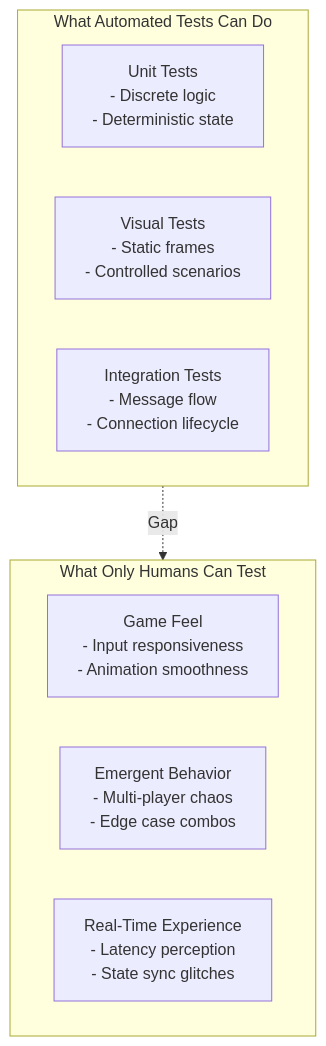
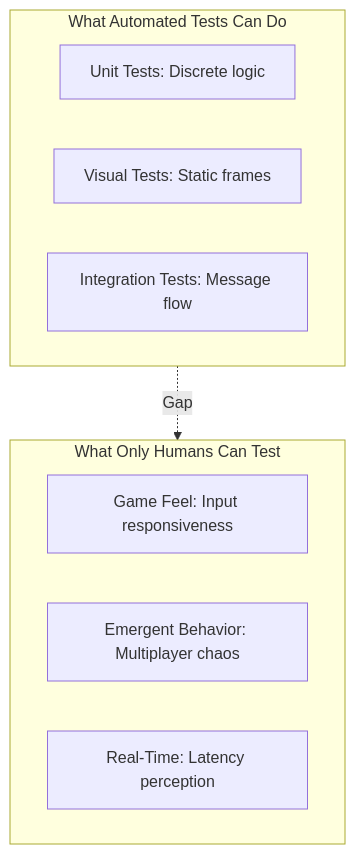
Before and after one commit to mtomcal/stick-rumble: the fifth of 8 diagrams in docs/TESTING-STRATEGY.md, drawn with Mermaid. The commit also changed other lines of this file and 2 other files, not shown here.

First line of the commit message:
docs: Fix Mermaid diagrams for GitHub rendering

````diff
--- a/docs/TESTING-STRATEGY.md
+++ b/docs/TESTING-STRATEGY.md
@@ -424,16 +424,16 @@
 ```mermaid
 flowchart TB
     subgraph Automated["What Automated Tests Can Do"]
-        Unit["Unit Tests\n- Discrete logic\n- Deterministic state"]
-        Visual["Visual Tests\n- Static frames\n- Controlled scenarios"]
-        Integration["Integration Tests\n- Message flow\n- Connection lifecycle"]
+        Unit["Unit Tests: Discrete logic"]
+        Visual["Visual Tests: Static frames"]
+        Integration["Integration Tests: Message flow"]
     end
 
     subgraph Human["What Only Humans Can Test"]
-        Feel["Game Feel\n- Input responsiveness\n- Animation smoothness"]
-        Emergent["Emergent Behavior\n- Multi-player chaos\n- Edge case combos"]
-        Realtime["Real-Time Experience\n- Latency perception\n- State sync glitches"]
+        Feel["Game Feel: Input responsiveness"]
+        Emergent["Emergent Behavior: Multiplayer chaos"]
+        Realtime["Real-Time: Latency perception"]
     end
 
     Automated -.->|"Gap"| Human
 ```
````
